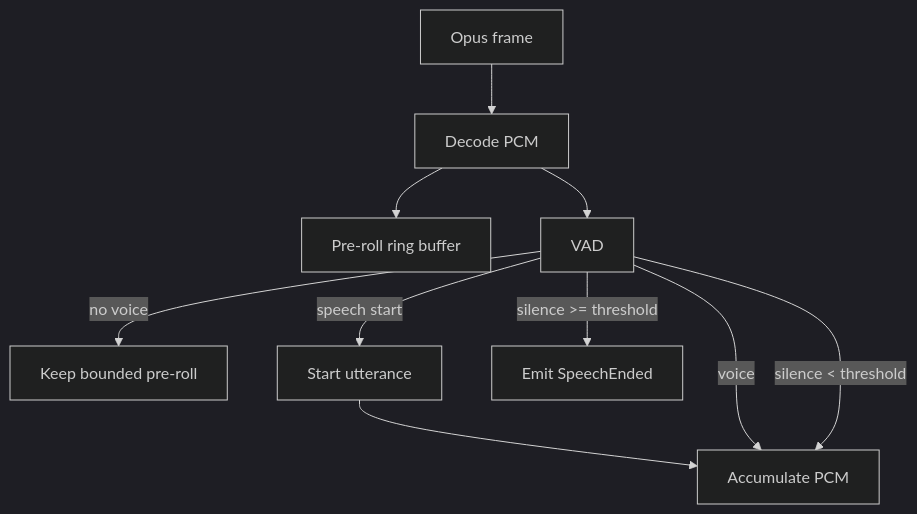
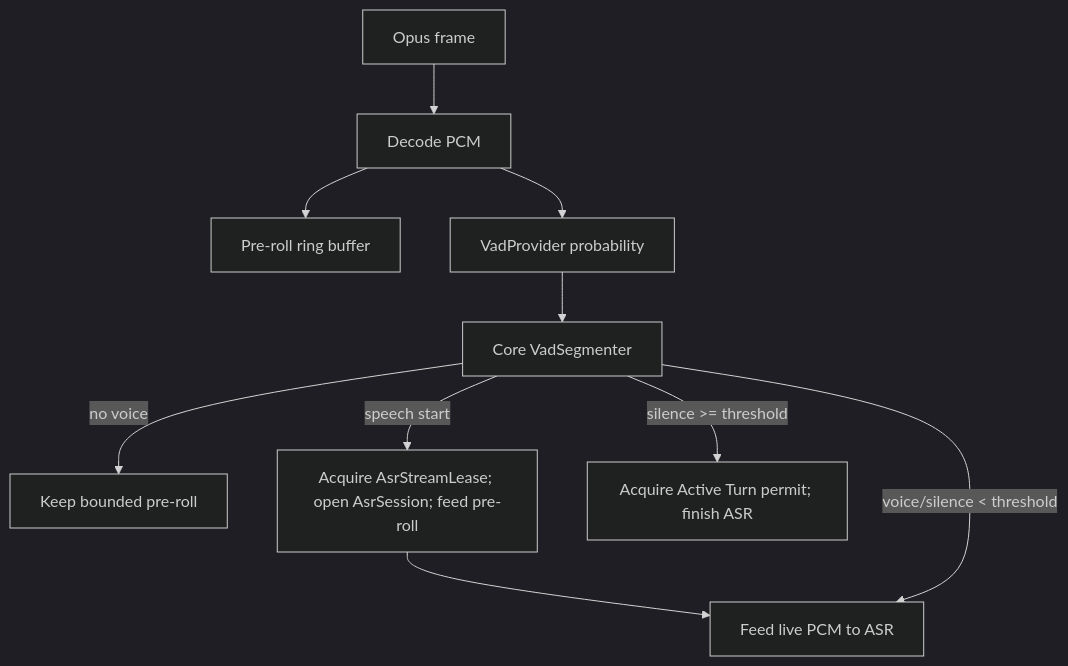
Before and after one commit to hailp-vn38/ai-agent-voice: the diagram in docs/flows/02-vad.md, drawn with Mermaid (dark theme). The commit also changed other lines of this file and 57 other files, not shown here.

Commit message:
feat(phase3): add local VAD and ASR provider baseline

````diff
--- a/docs/flows/02-vad.md
+++ b/docs/flows/02-vad.md
@@ -27,12 +27,12 @@
 ```mermaid
 flowchart TB
     OPUS[Opus frame] --> DEC[Decode PCM]
     DEC --> PR[Pre-roll ring buffer]
-    DEC --> V[VAD]
-    V -->|no voice| IDLE[Keep bounded pre-roll]
-    V -->|speech start| START[Start utterance]
-    START --> ACC[Accumulate PCM]
-    V -->|voice| ACC
-    V -->|silence < threshold| ACC
-    V -->|silence >= threshold| END[Emit SpeechEnded]
+    DEC --> V[VadProvider probability]
+    V --> SEG[Core VadSegmenter]
+    SEG -->|no voice| IDLE[Keep bounded pre-roll]
+    SEG -->|speech start| START[Acquire AsrStreamLease; open AsrSession; feed pre-roll]
+    START --> ACC[Feed live PCM to ASR]
+    SEG -->|voice/silence < threshold| ACC
+    SEG -->|silence >= threshold| END[Acquire Active Turn permit; finish ASR]
 ```
````
